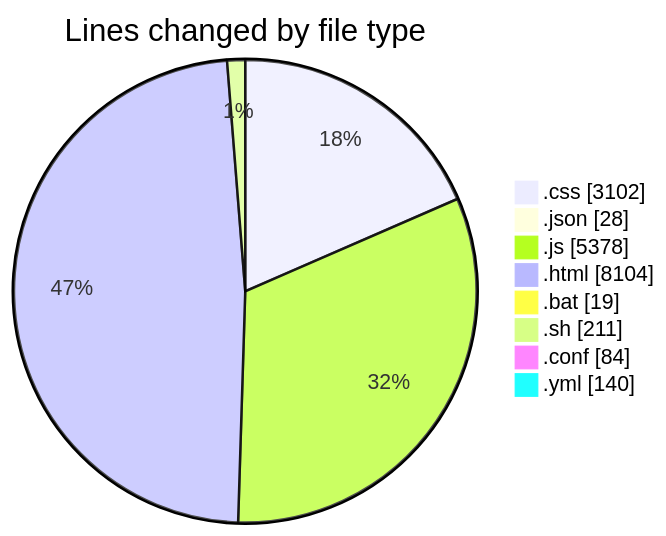
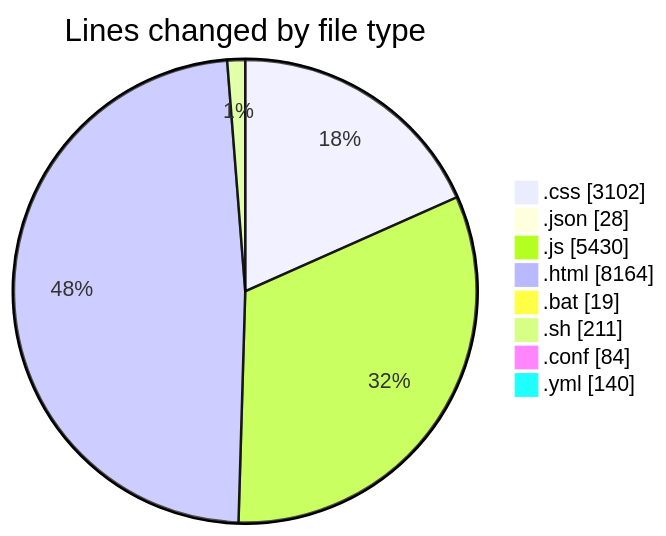
One commit to becaeroporto-bot/code-tracking changed the first of 2 diagrams in 2026-02-18/bot_v1_2/README.md. Above: the diagram before and after it, drawn with Mermaid. The commit also changed other lines of this file and 1 other file, not shown here.

````diff
--- a/2026-02-18/bot_v1_2/README.md
+++ b/2026-02-18/bot_v1_2/README.md
@@ -44,12 +44,12 @@
 ```mermaid
 pie showData
 title Lines changed by file type
 ".css" : 3102
 ".json" : 28
-".js" : 5378
-".html" : 8104
+".js" : 5430
+".html" : 8164
 ".bat" : 19
 ".sh" : 211
 ".conf" : 84
 ".yml" : 140
 ```
````
